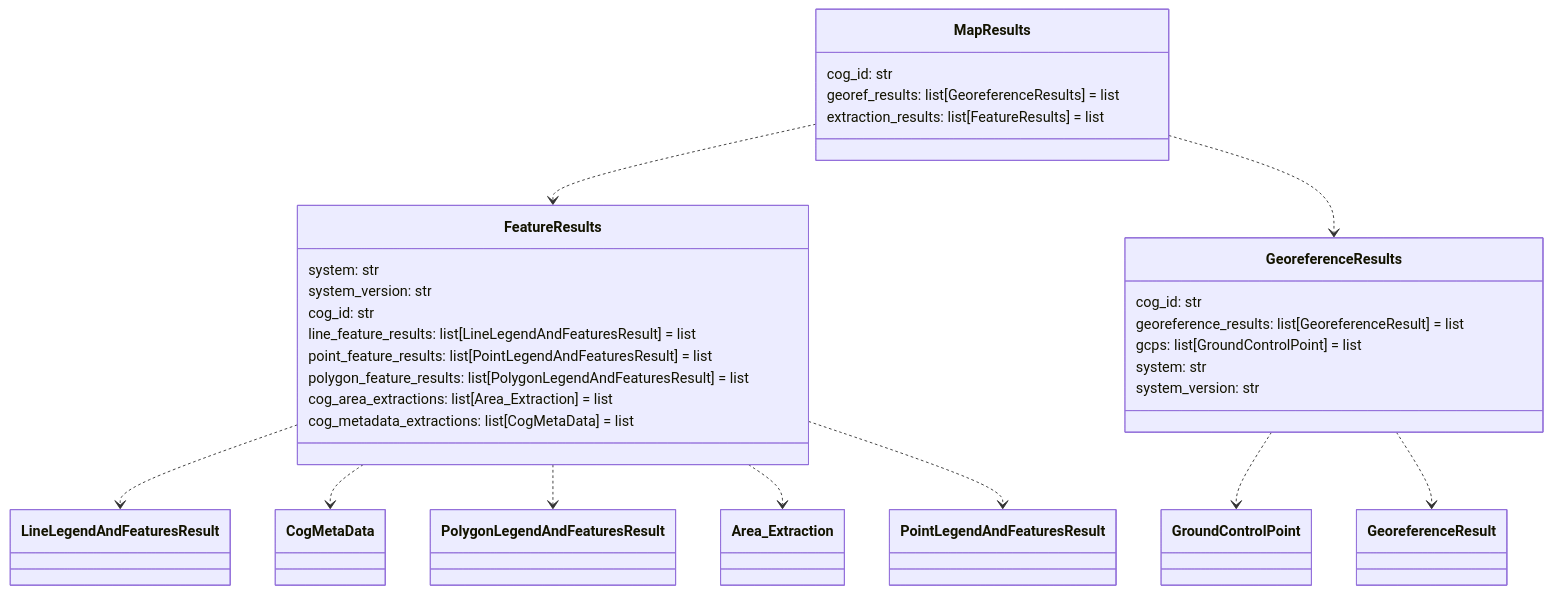
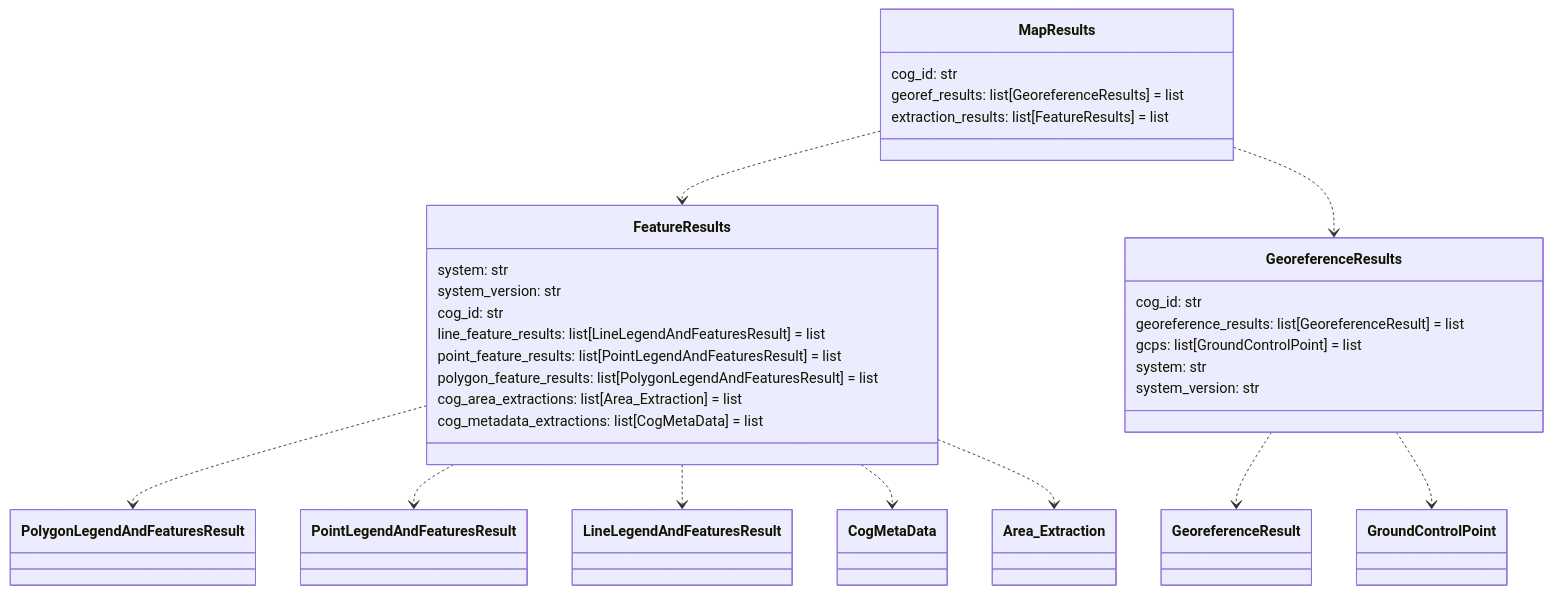
One commit to DARPA-CRITICALMAAS/cdr_schemas changed diagram 11 of 12 in README.md. Above: the diagram before and after it, drawn with Mermaid. The commit also changed other lines of this file, not shown here.

Commit message:
Update README with new ERD

````diff
--- a/README.md
+++ b/README.md
@@ -906,40 +931,40 @@
 ```mermaid
 classDiagram
-
-    class MapResults {
-        cog_id: str
-        georef_results: list[GeoreferenceResults] = list
-        extraction_results: list[FeatureResults] = list
-    }
 
     class FeatureResults {
         system: str
         system_version: str
         cog_id: str
         line_feature_results: list[LineLegendAndFeaturesResult] = list
         point_feature_results: list[PointLegendAndFeaturesResult] = list
         polygon_feature_results: list[PolygonLegendAndFeaturesResult] = list
         cog_area_extractions: list[Area_Extraction] = list
         cog_metadata_extractions: list[CogMetaData] = list
     }
 
     class GeoreferenceResults {
         cog_id: str
         georeference_results: list[GeoreferenceResult] = list
         gcps: list[GroundControlPoint] = list
         system: str
         system_version: str
     }
 
+    class MapResults {
+        cog_id: str
+        georef_results: list[GeoreferenceResults] = list
+        extraction_results: list[FeatureResults] = list
+    }
+
+    FeatureResults ..> PolygonLegendAndFeaturesResult
+    FeatureResults ..> PointLegendAndFeaturesResult
     FeatureResults ..> LineLegendAndFeaturesResult
     FeatureResults ..> CogMetaData
-    FeatureResults ..> PolygonLegendAndFeaturesResult
     FeatureResults ..> Area_Extraction
-    FeatureResults ..> PointLegendAndFeaturesResult
+    GeoreferenceResults ..> GeoreferenceResult
     GeoreferenceResults ..> GroundControlPoint
-    GeoreferenceResults ..> GeoreferenceResult
     MapResults ..> FeatureResults
     MapResults ..> GeoreferenceResults
 
 
 ```
````
